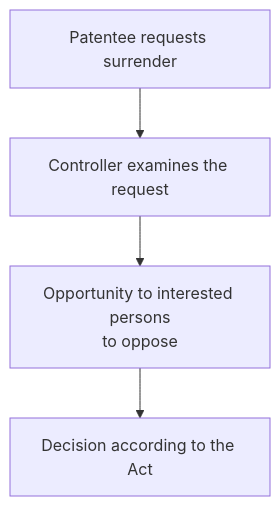
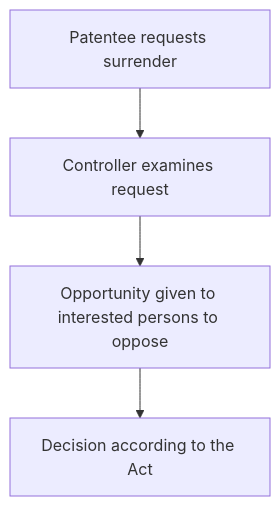
Before and after one commit to Aryns293/IPR: the second of 2 diagrams in 08_Rights_Transfer_Licensing_Surrender_Revocation.md, drawn with Mermaid. The commit also changed other lines of this file and 8 other files, not shown here.

````diff
--- a/08_Rights_Transfer_Licensing_Surrender_Revocation.md
+++ b/08_Rights_Transfer_Licensing_Surrender_Revocation.md
@@ -281,6 +89,6 @@
 ```mermaid
 flowchart TD
-    A[Patentee requests surrender] --> B[Controller examines the request]
-    B --> C["Opportunity to interested persons\nto oppose"]
+    A[Patentee requests surrender] --> B[Controller examines request]
+    B --> C[Opportunity given to interested persons to oppose]
     C --> D[Decision according to the Act]
 ```
````
